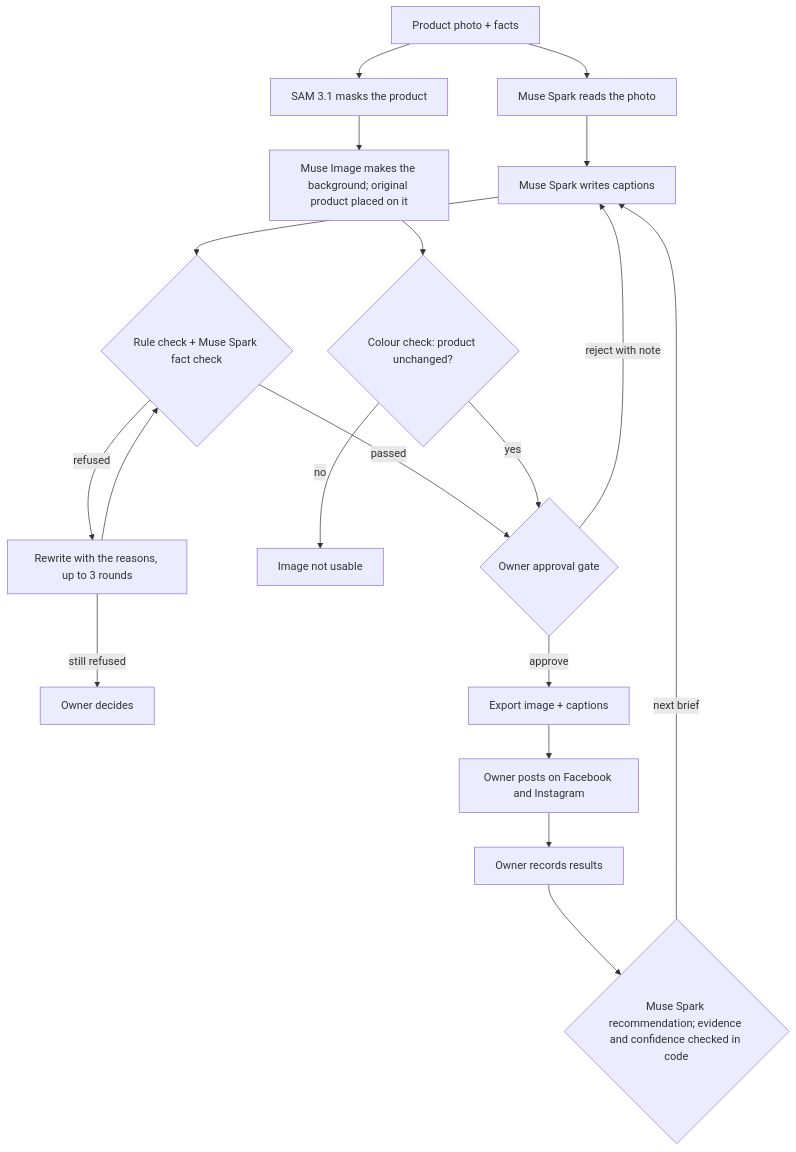
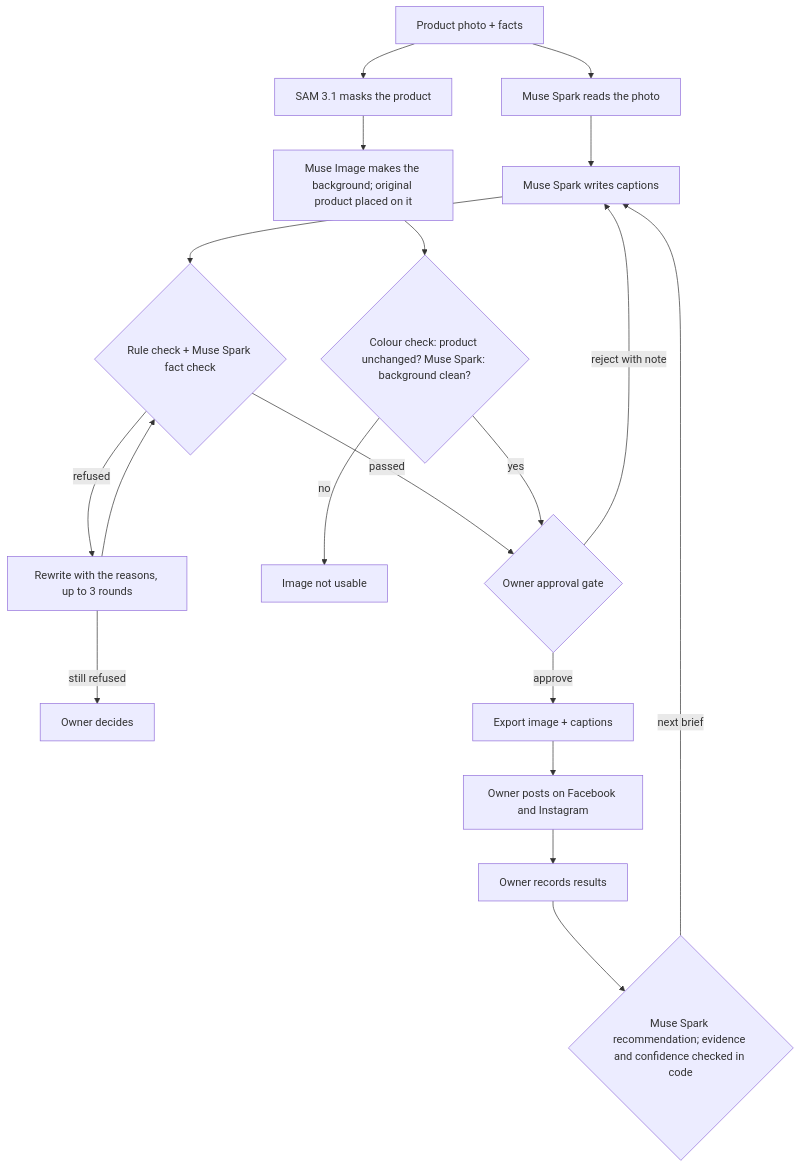
One commit to ru14/muse-growthpilot changed the diagram in README.md. Above: the diagram before and after it, drawn with Mermaid. The commit also changed other lines of this file and 4 other files, not shown here.

````diff
--- a/README.md
+++ b/README.md
@@ -76,20 +97,20 @@
 ```mermaid
 flowchart TD
     P[Product photo + facts] --> A[Muse Spark reads the photo]
     A --> C[Muse Spark writes captions]
     C --> V{Rule check + Muse Spark fact check}
     V -- refused --> R[Rewrite with the reasons, up to 3 rounds] --> V
     R -- still refused --> O[Owner decides]
     P --> S[SAM 3.1 masks the product]
     S --> I[Muse Image makes the background; original product placed on it]
-    I --> K{Colour check: product unchanged?}
+    I --> K{Colour check: product unchanged? Muse Spark: background clean?}
     K -- no --> X[Image not usable]
     V -- passed --> G{Owner approval gate}
     K -- yes --> G
     G -- reject with note --> C
     G -- approve --> E[Export image + captions]
     E --> Post[Owner posts on Facebook and Instagram]
     Post --> M[Owner records results]
     M --> N{Muse Spark recommendation; evidence and confidence checked in code}
     N -- next brief --> C
 ```
````
